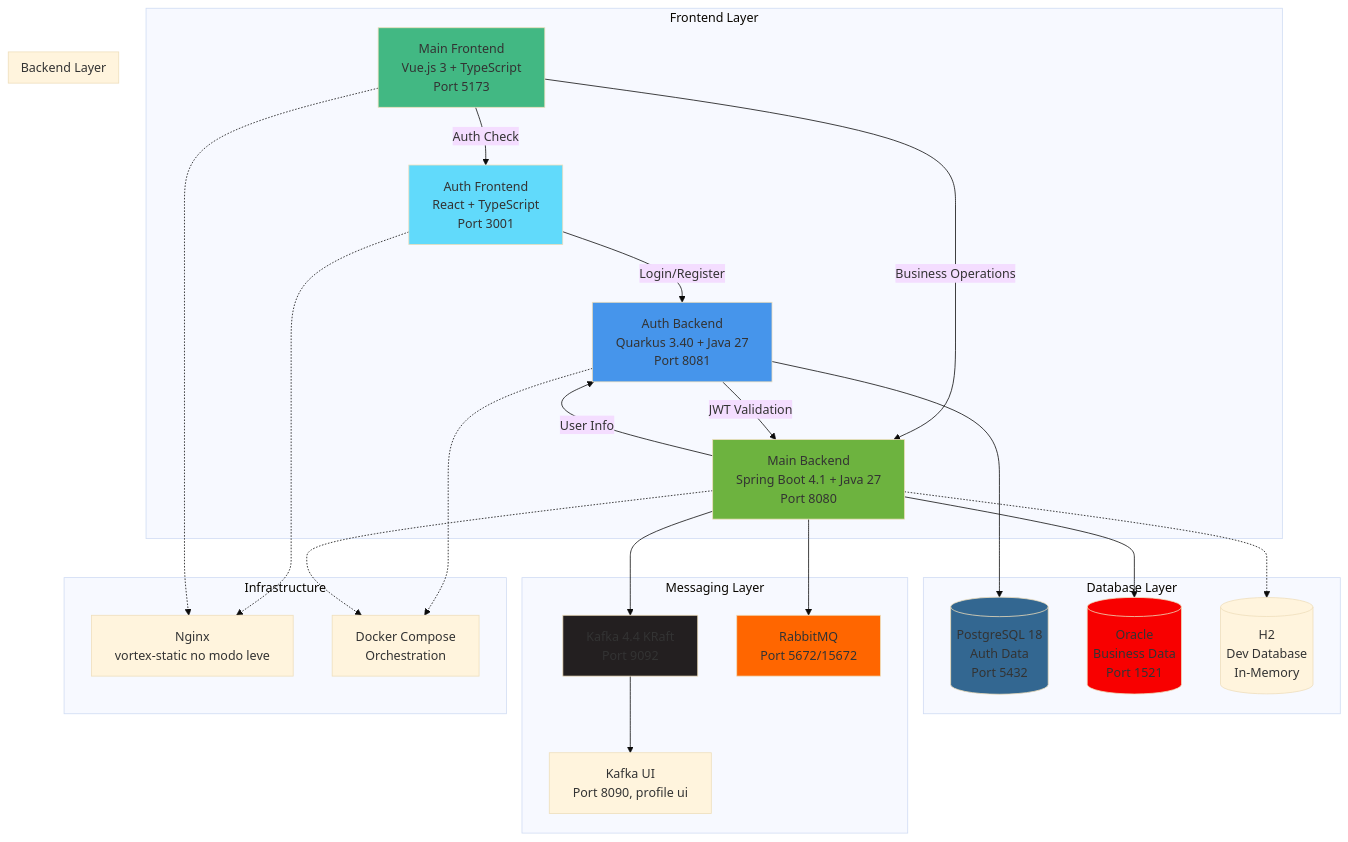
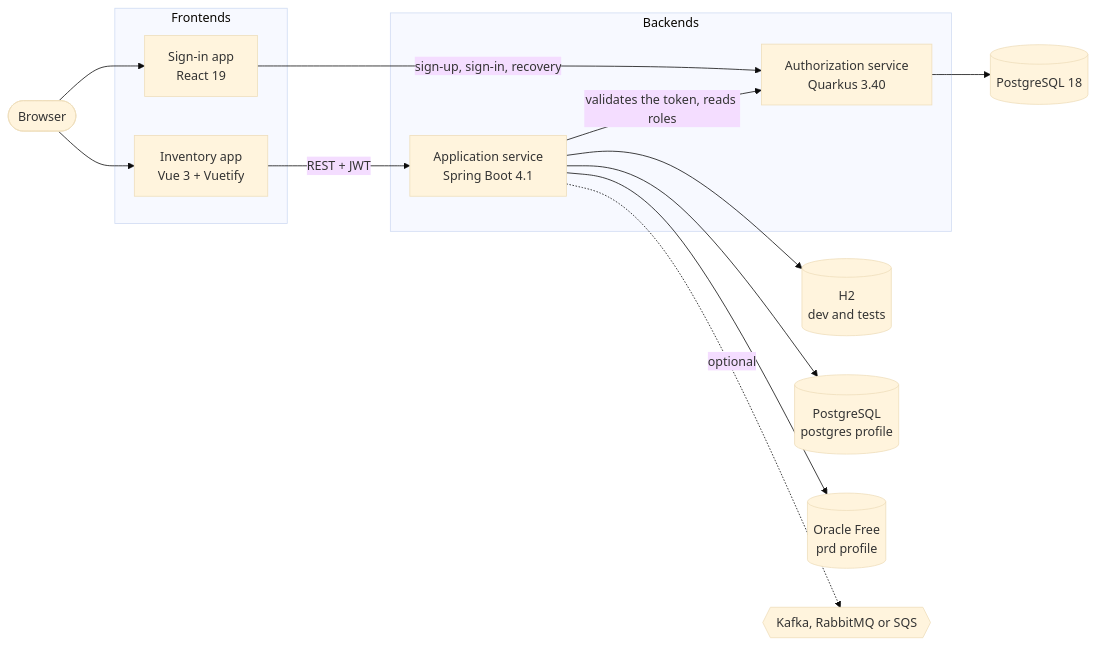
The diagram in README.md (caiocv18/vortex), drawn with Mermaid (base theme) before and after one commit. The commit also changed other lines of this file and 3 other files, not shown here.

````diff
--- a/README.md
+++ b/README.md
@@ -47,58 +30,22 @@
 ```mermaid
-graph TB
-    subgraph "Frontend Layer"
-        AF[Auth Frontend<br/>React + TypeScript<br/>Port 3001] 
-        MF[Main Frontend<br/>Vue.js 3 + TypeScript<br/>Port 5173]
-        
-        AF --> |Login/Register| AB
-        MF --> |Business Operations| MB
-        MF --> |Auth Check| AF
+flowchart LR
+    browser([Browser])
+    subgraph frontends [Frontends]
+        vue[Inventory app<br/>Vue 3 + Vuetify]
+        react[Sign-in app<br/>React 19]
     end
-    
-    subgraph "Backend Layer"
-        AB[Auth Backend<br/>Quarkus 3.40 + Java 27<br/>Port 8081]
-        MB[Main Backend<br/>Spring Boot 4.1 + Java 27<br/>Port 8080]
-        
-        AB --> |JWT Validation| MB
-        MB --> |User Info| AB
+    subgraph backends [Backends]
+        app[Application service<br/>Spring Boot 4.1]
+        auth[Authorization service<br/>Quarkus 3.40]
     end
-    
-    subgraph "Database Layer"
-        PG[(PostgreSQL 18<br/>Auth Data<br/>Port 5432)]
-        OR[(Oracle<br/>Business Data<br/>Port 1521)]
-        H2[(H2<br/>Dev Database<br/>In-Memory)]
-        
-        AB --> PG
-        MB --> OR
-        MB -.-> H2
-    end
-    
-    subgraph "Messaging Layer"
-        KF[Kafka 4.4 KRaft<br/>Port 9092]
-        KUI[Kafka UI<br/>Port 8090, profile ui]
-        RMQ[RabbitMQ<br/>Port 5672/15672]
-        
-        MB --> KF
-        MB --> RMQ
-        KF --> KUI
-    end
-    
-    subgraph "Infrastructure"
-        NG[Nginx<br/>vortex-static no modo leve]
-        DC[Docker Compose<br/>Orchestration]
-        
-        AF -.-> NG
-        MF -.-> NG
-        AB -.-> DC
-        MB -.-> DC
-    end
-    
-    style AF fill:#61dafb
-    style MF fill:#42b883
-    style AB fill:#4695eb
-    style MB fill:#6db33f
-    style PG fill:#336791
-    style OR fill:#f80000
-    style KF fill:#231f20
-    style RMQ fill:#ff6600
+    browser --> vue
+    browser --> react
+    vue -->|REST + JWT| app
+    react -->|sign-up, sign-in, recovery| auth
+    app -->|validates the token, reads roles| auth
+    app --> h2[(H2<br/>dev and tests)]
+    app --> pg[(PostgreSQL<br/>postgres profile)]
+    app --> ora[(Oracle Free<br/>prd profile)]
+    auth --> authdb[(PostgreSQL 18)]
+    app -.->|optional| broker{{Kafka, RabbitMQ or SQS}}
 ```
````
